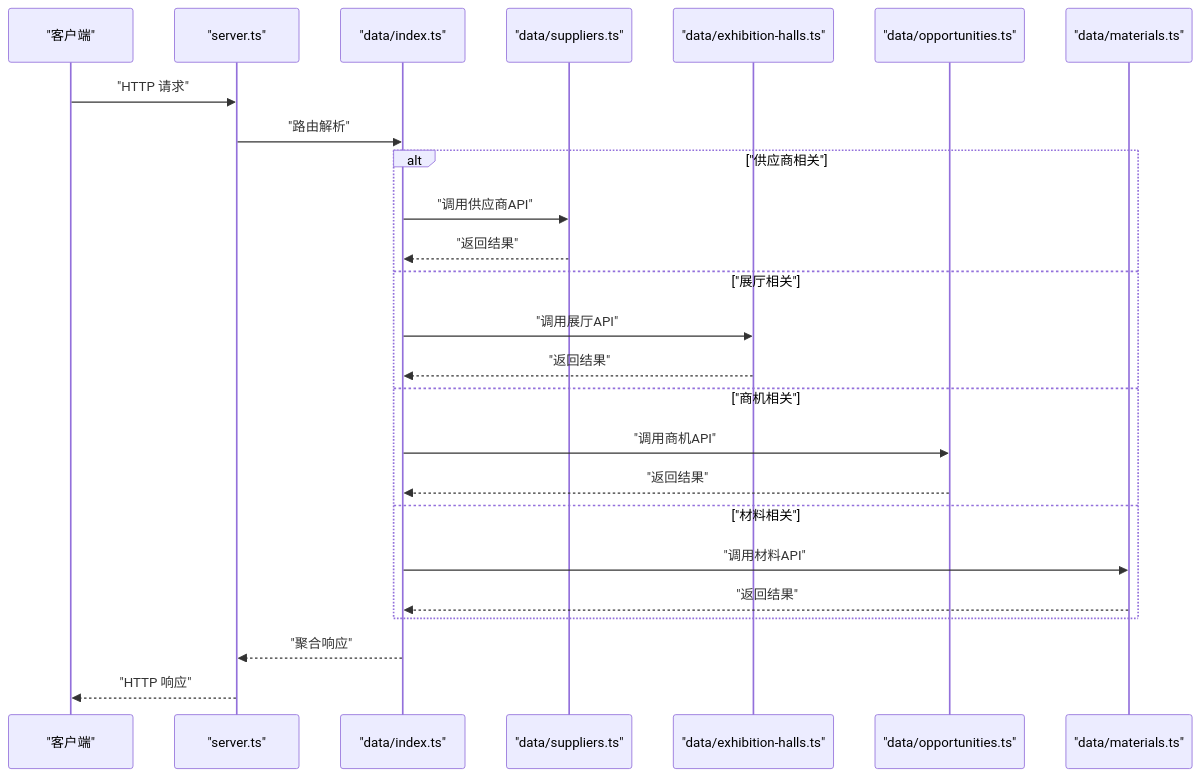
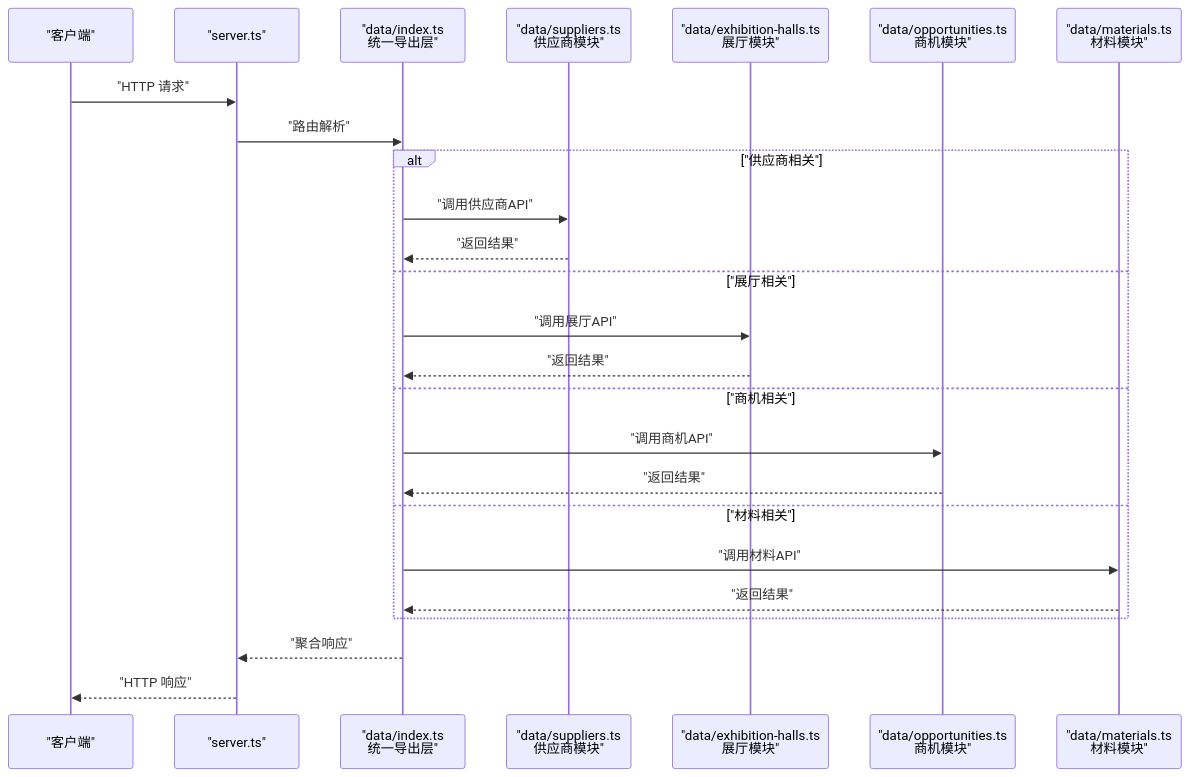
Before and after one commit to Hu-Right/supply-os: the second of 7 diagrams in .qoder/repowiki/zh/content/数据管理/数据管理.md, drawn with Mermaid. The commit also changed other lines of this file and 33 other files, not shown here.

````diff
--- a/.qoder/repowiki/zh/content/数据管理/数据管理.md
+++ b/.qoder/repowiki/zh/content/数据管理/数据管理.md
@@ -119,27 +131,27 @@
 ```mermaid
 sequenceDiagram
 participant Client as "客户端"
 participant Server as "server.ts"
-participant DataIndex as "data/index.ts"
-participant Suppliers as "data/suppliers.ts"
-participant Exhibition as "data/exhibition-halls.ts"
-participant Opportunities as "data/opportunities.ts"
-participant Materials as "data/materials.ts"
+participant DataIndex as "data/index.ts<br/>统一导出层"
+participant Suppliers as "data/suppliers.ts<br/>供应商模块"
+participant Exhibition as "data/exhibition-halls.ts<br/>展厅模块"
+participant Opportunities as "data/opportunities.ts<br/>商机模块"
+participant Materials as "data/materials.ts<br/>材料模块"
 Client->>Server : "HTTP 请求"
 Server->>DataIndex : "路由解析"
 alt "供应商相关"
 DataIndex->>Suppliers : "调用供应商API"
 Suppliers-->>DataIndex : "返回结果"
 else "展厅相关"
 DataIndex->>Exhibition : "调用展厅API"
 Exhibition-->>DataIndex : "返回结果"
 else "商机相关"
 DataIndex->>Opportunities : "调用商机API"
 Opportunities-->>DataIndex : "返回结果"
 else "材料相关"
 DataIndex->>Materials : "调用材料API"
 Materials-->>DataIndex : "返回结果"
 end
 DataIndex-->>Server : "聚合响应"
 Server-->>Client : "HTTP 响应"
 ```
````
